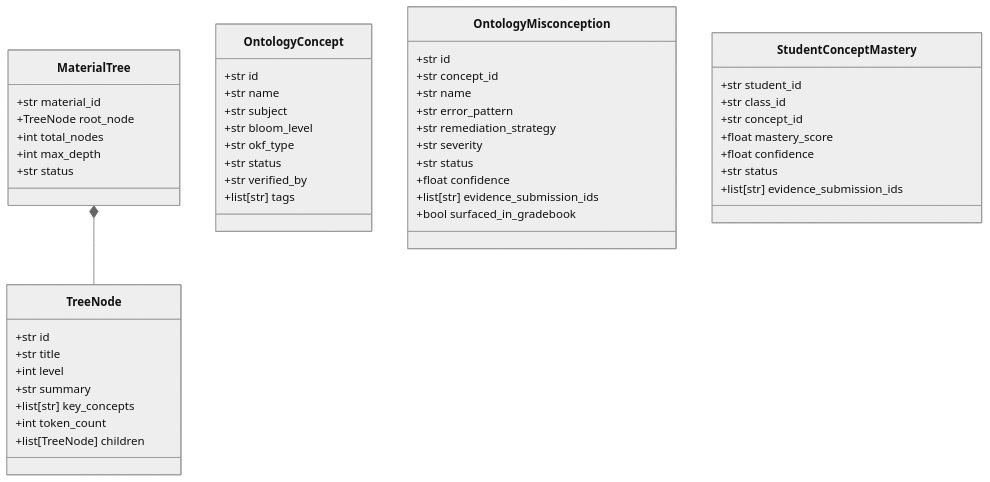
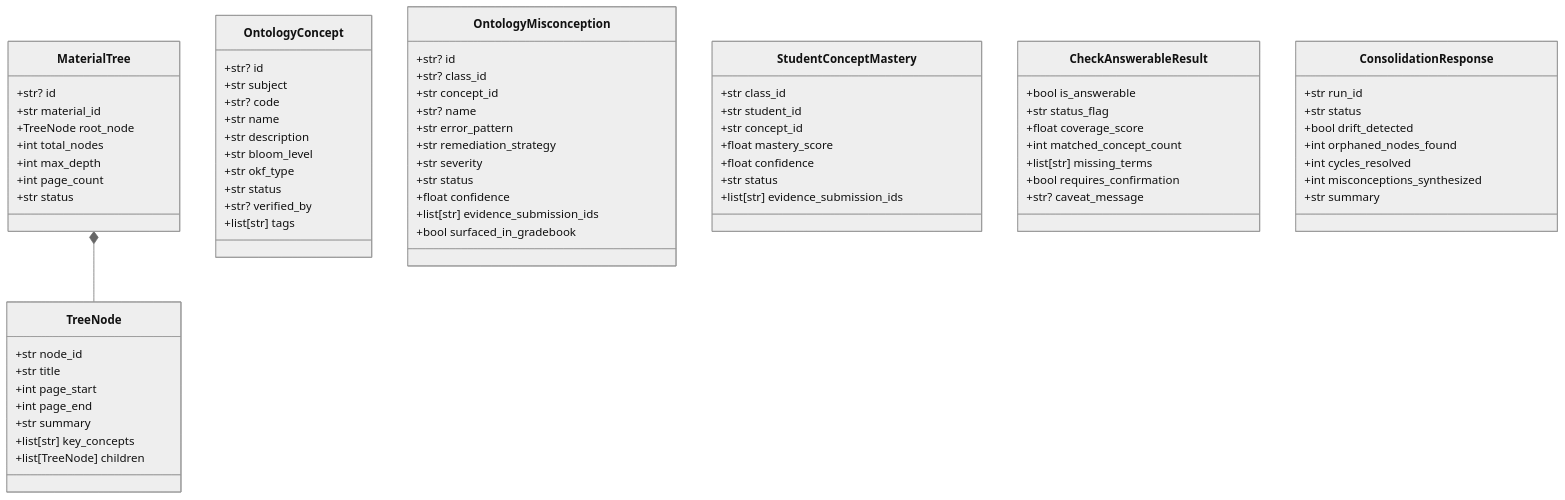
The second of 2 diagrams in backend/src/types/code.md (VictorBravo9er/Teacher-Assistant-Workspace), drawn with Mermaid (neutral theme) before and after one commit. The commit also changed other lines of this file and 43 other files, not shown here.

````diff
--- a/backend/src/types/code.md
+++ b/backend/src/types/code.md
@@ -85,56 +88,81 @@
 ```mermaid
 classDiagram
     class TreeNode {
-        +str id
+        +str node_id
         +str title
-        +int level
+        +int page_start
+        +int page_end
         +str summary
         +list[str] key_concepts
-        +int token_count
         +list[TreeNode] children
     }
 
     class MaterialTree {
+        +str? id
         +str material_id
         +TreeNode root_node
         +int total_nodes
         +int max_depth
+        +int page_count
         +str status
     }
 
     class OntologyConcept {
-        +str id
+        +str? id
+        +str subject
+        +str? code
         +str name
-        +str subject
+        +str description
         +str bloom_level
         +str okf_type
         +str status
-        +str verified_by
+        +str? verified_by
         +list[str] tags
     }
 
     class OntologyMisconception {
-        +str id
+        +str? id
+        +str? class_id
         +str concept_id
-        +str name
+        +str? name
         +str error_pattern
         +str remediation_strategy
         +str severity
         +str status
         +float confidence
         +list[str] evidence_submission_ids
         +bool surfaced_in_gradebook
     }
 
     class StudentConceptMastery {
+        +str class_id
         +str student_id
-        +str class_id
         +str concept_id
         +float mastery_score
         +float confidence
         +str status
         +list[str] evidence_submission_ids
     }
 
+    class CheckAnswerableResult {
+        +bool is_answerable
+        +str status_flag
+        +float coverage_score
+        +int matched_concept_count
+        +list[str] missing_terms
+        +bool requires_confirmation
+        +str? caveat_message
+    }
+
+    class ConsolidationResponse {
+        +str run_id
+        +str status
+        +bool drift_detected
+        +int orphaned_nodes_found
+        +int cycles_resolved
+        +int misconceptions_synthesized
+        +str summary
+    }
+
     MaterialTree *-- TreeNode
 ```
````
